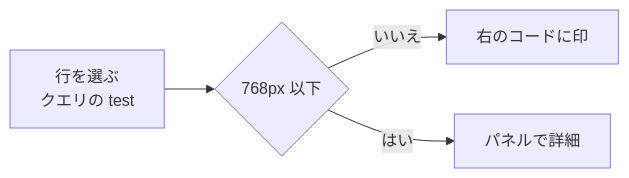
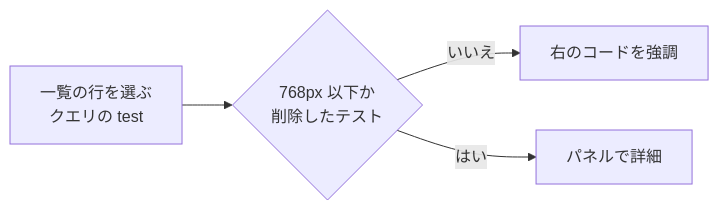
One commit to maronnjapan/maronn-openid-connect changed diagram 26 of 42 in apps/tests/docs/06-viewer.md. Above: the diagram before and after it, drawn with Mermaid. The commit also changed other lines of this file and 11 other files, not shown here.

````diff
--- a/apps/tests/docs/06-viewer.md
+++ b/apps/tests/docs/06-viewer.md
@@ -1308,10 +1930,10 @@
 ```mermaid
 flowchart LR
-  R["行を選ぶ<br/>クエリの test"]
-  W{"768px 以下"}
-  D["右のコードに印"]
+  R["一覧の行を選ぶ<br/>クエリの test"]
+  W{"768px 以下か<br/>削除したテスト"}
+  D["右のコードを強調"]
   P["パネルで詳細"]
   R --> W
   W -->|"いいえ"| D
   W -->|"はい"| P
 ```
````
